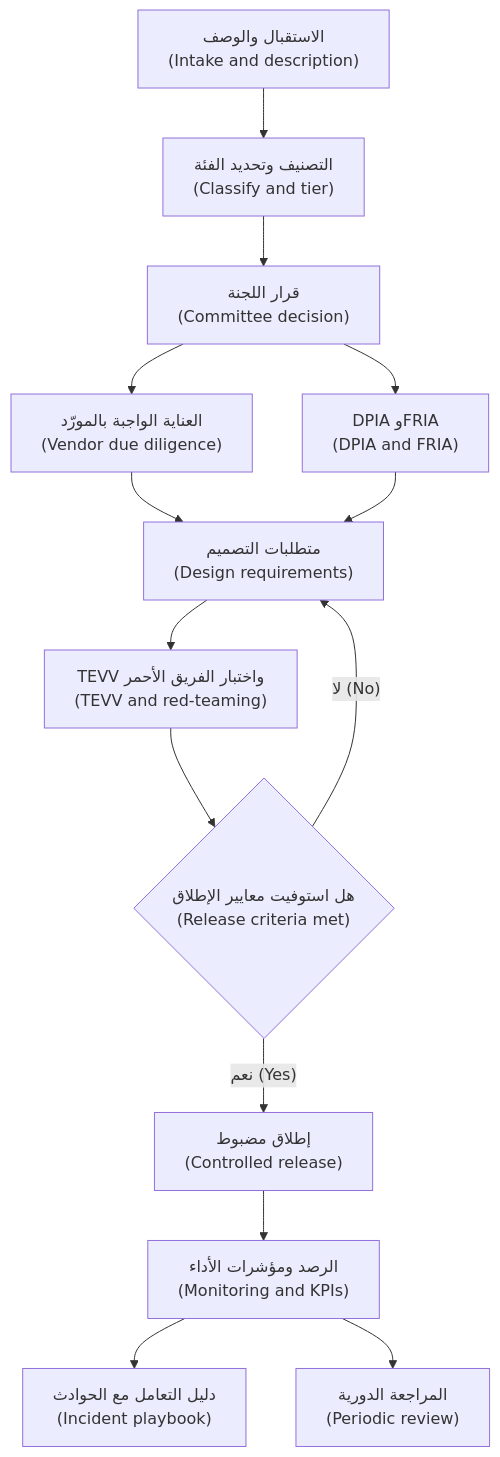
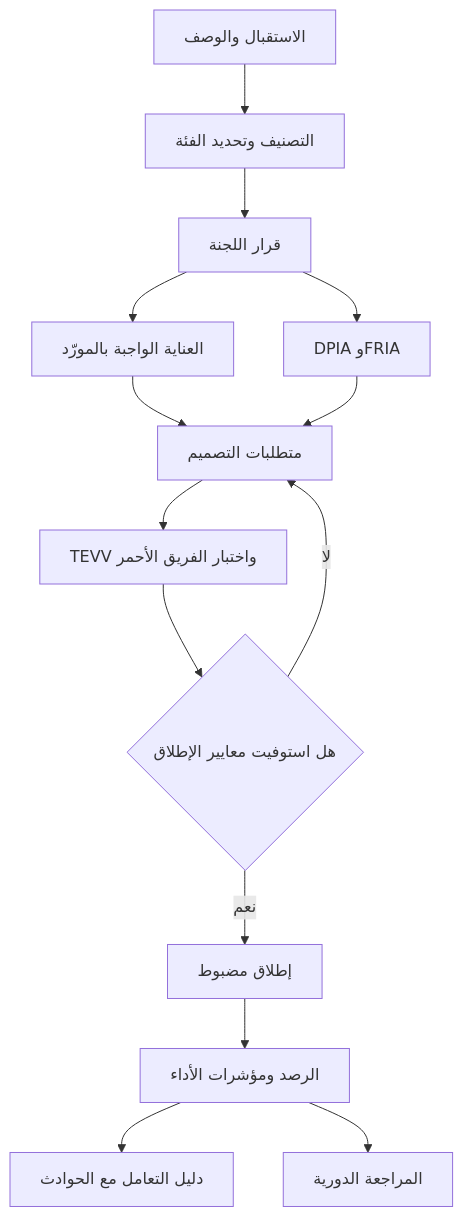
Before and after one commit to Tamoura/system-design-for-vibe-coders: the diagram in aigp/modules/12-capstone.ar.md, drawn with Mermaid. The commit also changed other lines of this file and 551 other files, not shown here.

````diff
--- a/aigp/modules/12-capstone.ar.md
+++ b/aigp/modules/12-capstone.ar.md
@@ -49,16 +49,16 @@
 ```mermaid
 flowchart TD
-  A["الاستقبال والوصف<br/>(Intake and description)"] --> B["التصنيف وتحديد الفئة<br/>(Classify and tier)"]
-  B --> C["قرار اللجنة<br/>(Committee decision)"]
-  C --> D["العناية الواجبة بالمورّد<br/>(Vendor due diligence)"]
-  C --> E["DPIA وFRIA<br/>(DPIA and FRIA)"]
-  D --> F["متطلبات التصميم<br/>(Design requirements)"]
+  A["الاستقبال والوصف"] --> B["التصنيف وتحديد الفئة"]
+  B --> C["قرار اللجنة"]
+  C --> D["العناية الواجبة بالمورّد"]
+  C --> E["DPIA وFRIA"]
+  D --> F["متطلبات التصميم"]
   E --> F
-  F --> G["TEVV واختبار الفريق الأحمر<br/>(TEVV and red-teaming)"]
-  G --> H{"هل استوفيت معايير الإطلاق<br/>(Release criteria met)"}
-  H -- "لا (No)" --> F
-  H -- "نعم (Yes)" --> I["إطلاق مضبوط<br/>(Controlled release)"]
-  I --> J["الرصد ومؤشرات الأداء<br/>(Monitoring and KPIs)"]
-  J --> K["دليل التعامل مع الحوادث<br/>(Incident playbook)"]
-  J --> L["المراجعة الدورية<br/>(Periodic review)"]
+  F --> G["TEVV واختبار الفريق الأحمر"]
+  G --> H{"هل استوفيت معايير الإطلاق"}
+  H -- "لا" --> F
+  H -- "نعم" --> I["إطلاق مضبوط"]
+  I --> J["الرصد ومؤشرات الأداء"]
+  J --> K["دليل التعامل مع الحوادث"]
+  J --> L["المراجعة الدورية"]
 ```
````
